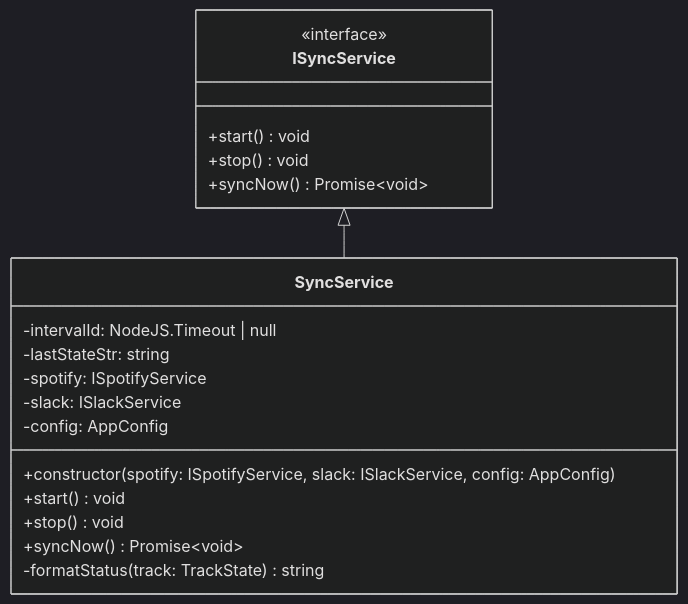
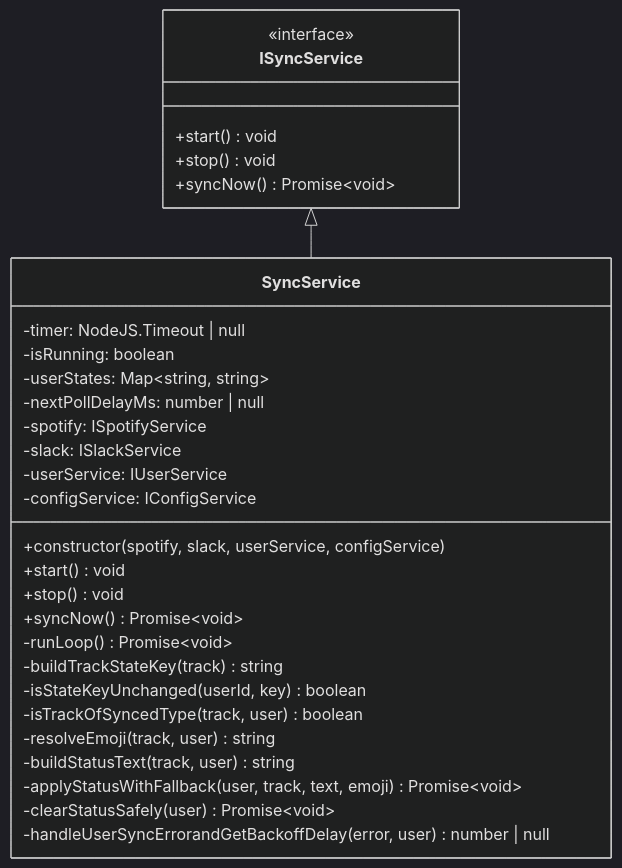
Before and after one commit to tehJimboJones/spotify-slack-status-sync: the diagram in docs/sync-service.md, drawn with Mermaid (dark theme). The commit also changed other lines of this file and 4 other files, not shown here.

````diff
--- a/docs/sync-service.md
+++ b/docs/sync-service.md
@@ -7,24 +11,35 @@
 ```mermaid
 classDiagram
     class ISyncService {
         <<interface>>
         +start() void
         +stop() void
         +syncNow() Promise~void~
     }
 
     class SyncService {
-        -intervalId: NodeJS.Timeout | null
-        -lastStateStr: string
+        -timer: NodeJS.Timeout | null
+        -isRunning: boolean
+        -userStates: Map~string, string~
+        -nextPollDelayMs: number | null
         -spotify: ISpotifyService
         -slack: ISlackService
-        -config: AppConfig
-        +constructor(spotify: ISpotifyService, slack: ISlackService, config: AppConfig)
+        -userService: IUserService
+        -configService: IConfigService
+        +constructor(spotify, slack, userService, configService)
         +start() void
         +stop() void
         +syncNow() Promise~void~
-        -formatStatus(track: TrackState) string
+        -runLoop() Promise~void~
+        -buildTrackStateKey(track) string
+        -isStateKeyUnchanged(userId, key) boolean
+        -isTrackOfSyncedType(track, user) boolean
+        -resolveEmoji(track, user) string
+        -buildStatusText(track, user) string
+        -applyStatusWithFallback(user, track, text, emoji) Promise~void~
+        -clearStatusSafely(user) Promise~void~
+        -handleUserSyncErrorandGetBackoffDelay(error, user) number | null
     }
 
     ISyncService <|-- SyncService
 ```
````
